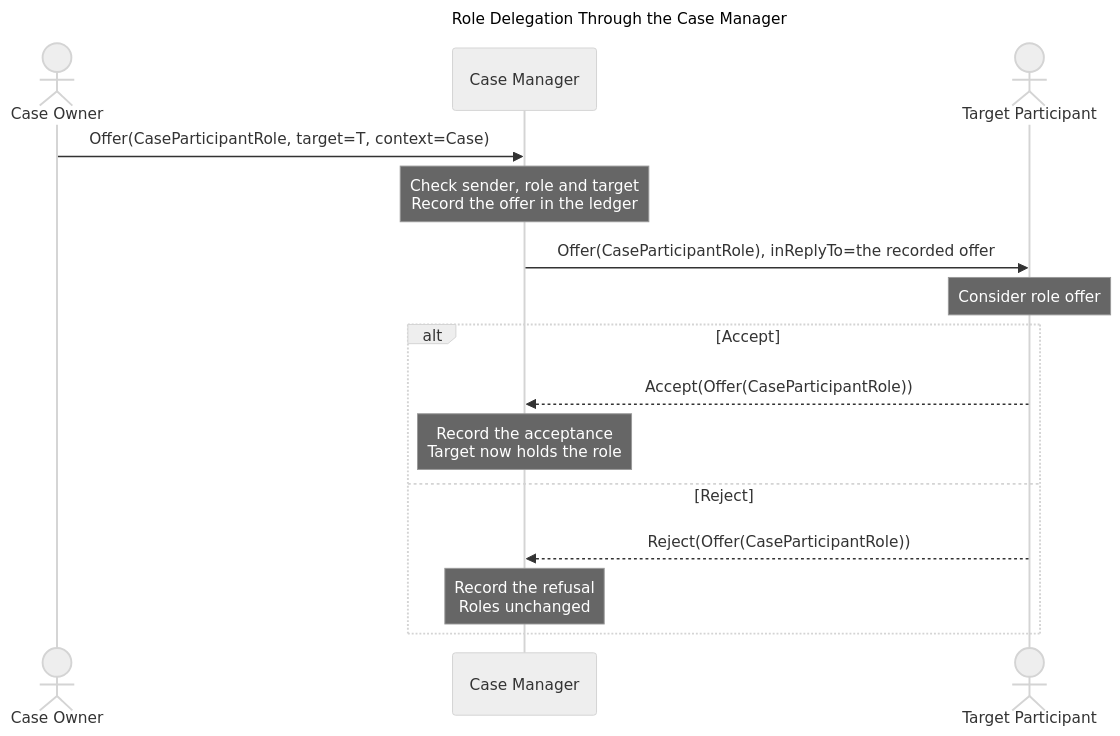
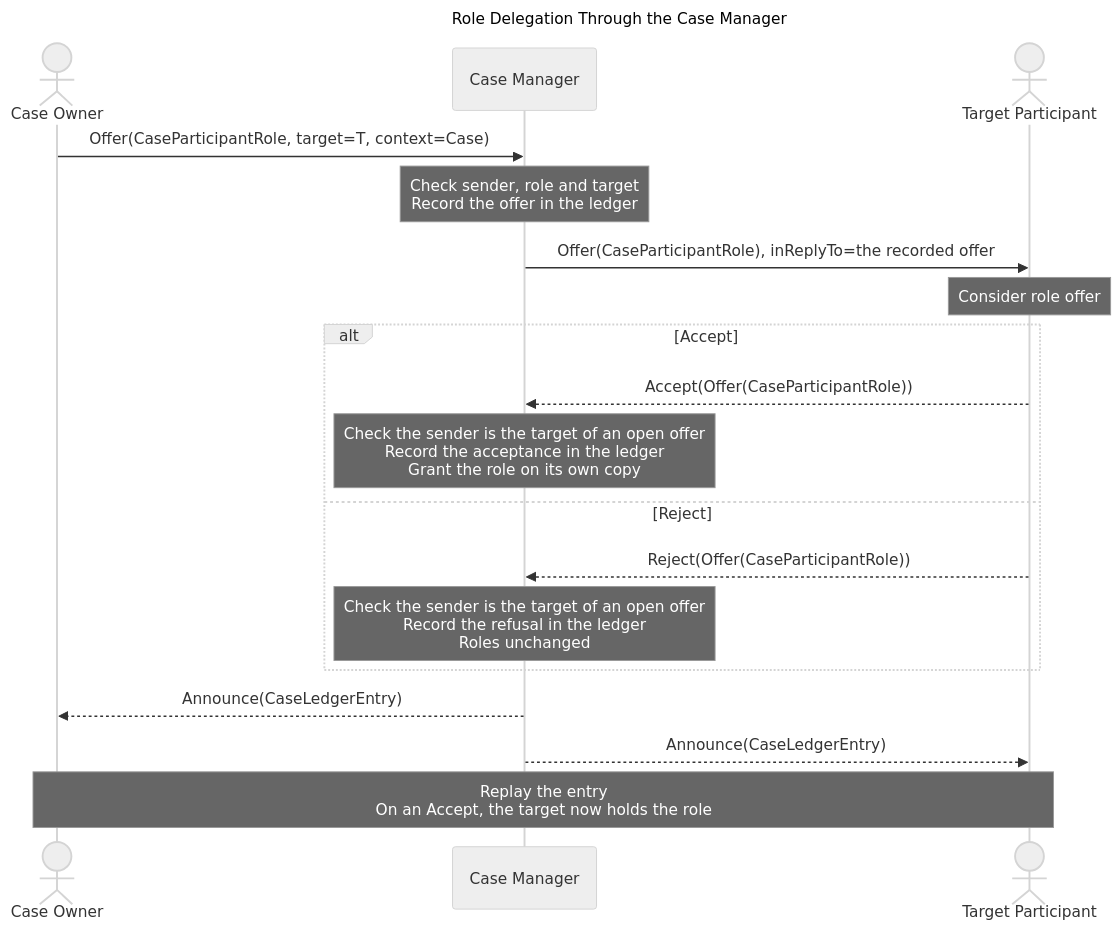
One commit to CERTCC/Vultron changed the diagram in docs/howto/activitypub/activities/role_delegation.md. Above: the diagram before and after it, drawn with Mermaid (neutral theme). The commit also changed other lines of this file and 27 other files, not shown here.

First line of the commit message:
feat(cm): CASE_MANAGER checks, commits and announces the answer to a role offer

````diff
--- a/docs/howto/activitypub/activities/role_delegation.md
+++ b/docs/howto/activitypub/activities/role_delegation.md
@@ -35,20 +35,23 @@
 ```mermaid
 ---
 title: Role Delegation Through the Case Manager
 ---
 sequenceDiagram
     actor O as Case Owner
     participant M as Case Manager
     actor T as Target Participant
     O ->> M: Offer(CaseParticipantRole, target=T, context=Case)
     note over M: Check sender, role and target<br/>Record the offer in the ledger
     M ->> T: Offer(CaseParticipantRole), inReplyTo=the recorded offer
     note over T: Consider role offer
     alt Accept
         T -->> M: Accept(Offer(CaseParticipantRole))
-        note over M: Record the acceptance<br/>Target now holds the role
+        note over M: Check the sender is the target of an open offer<br/>Record the acceptance in the ledger<br/>Grant the role on its own copy
     else Reject
         T -->> M: Reject(Offer(CaseParticipantRole))
-        note over M: Record the refusal<br/>Roles unchanged
+        note over M: Check the sender is the target of an open offer<br/>Record the refusal in the ledger<br/>Roles unchanged
     end
+    M -->> O: Announce(CaseLedgerEntry)
+    M -->> T: Announce(CaseLedgerEntry)
+    note over O,T: Replay the entry<br/>On an Accept, the target now holds the role
 ```
````
